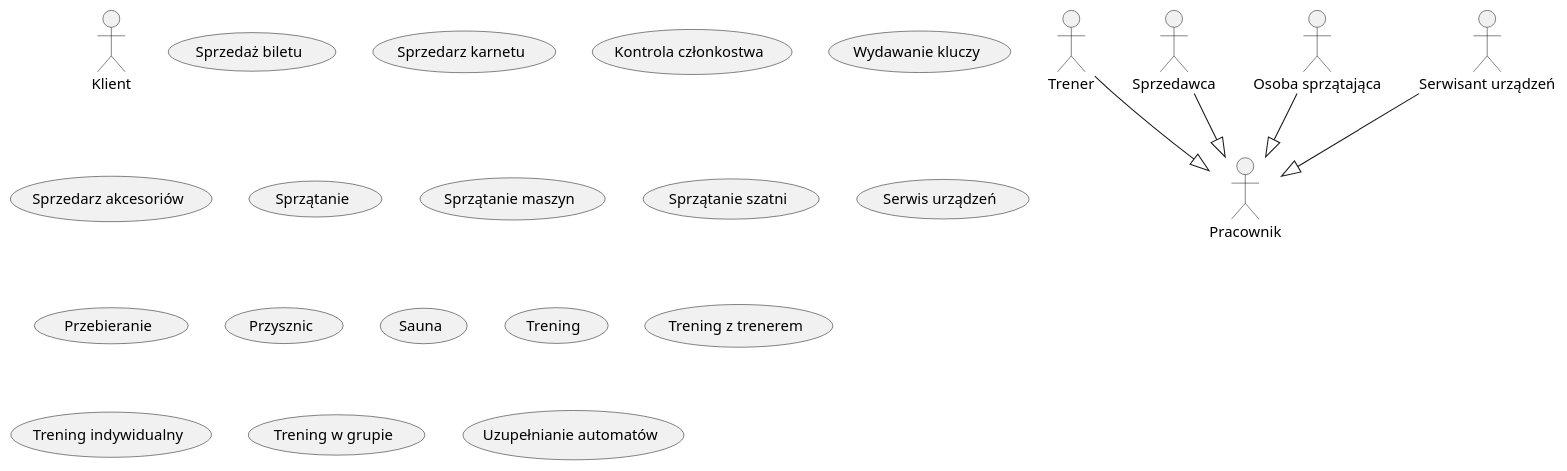
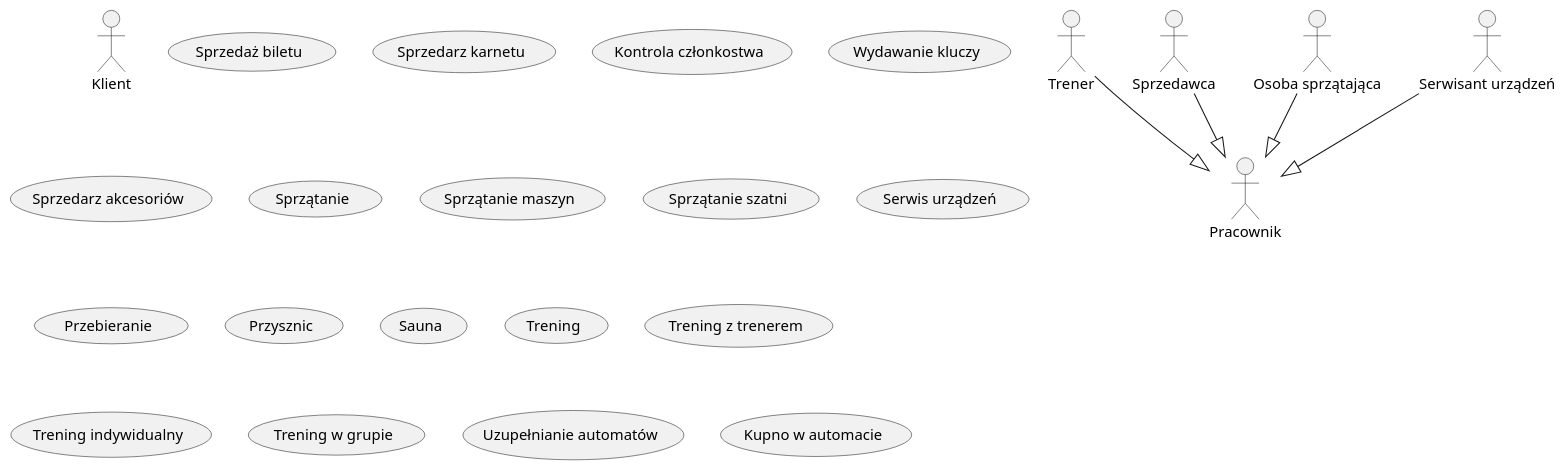
The diagram in dzienne/use_case_diagram_silownia.plantuml (kpodlaski/ProjektowanieObiektowe_2024-24), drawn with PlantUML before and after one commit. The commit also changed 2 other files, not shown here.

Commit message:
diagram klass pkp v1

```diff
--- a/dzienne/use_case_diagram_silownia.plantuml
+++ b/dzienne/use_case_diagram_silownia.plantuml
@@ -1,35 +1,36 @@
 @startuml
 
 actor Trener 
 actor Sprzedawca 
 actor Klient 
 actor "Osoba sprzątająca" as Sprzatajacy
 actor Pracownik
 actor "Serwisant urządzeń" as Serwisant
 
 Trener --|> Pracownik
 Sprzedawca --|> Pracownik
 Sprzatajacy --|> Pracownik
 Serwisant --|> Pracownik
 
 usecase "Sprzedaż biletu" 
 usecase "Sprzedarz karnetu"
 usecase "Kontrola członkostwa"
 usecase "Wydawanie kluczy"
 usecase "Sprzedarz akcesoriów"
 usecase "Sprzątanie"
 usecase "Sprzątanie maszyn"
 usecase "Sprzątanie szatni"
 usecase "Serwis urządzeń"
 usecase "Przebieranie"
 usecase "Przysznic"
 usecase "Sauna"
 usecase "Trening"
 usecase "Trening z trenerem"
 usecase "Trening indywidualny"
 usecase "Trening w grupie"
 usecase "Uzupełnianie automatów"
+usecase "Kupno w automacie"
 
 
 
 @enduml
```
